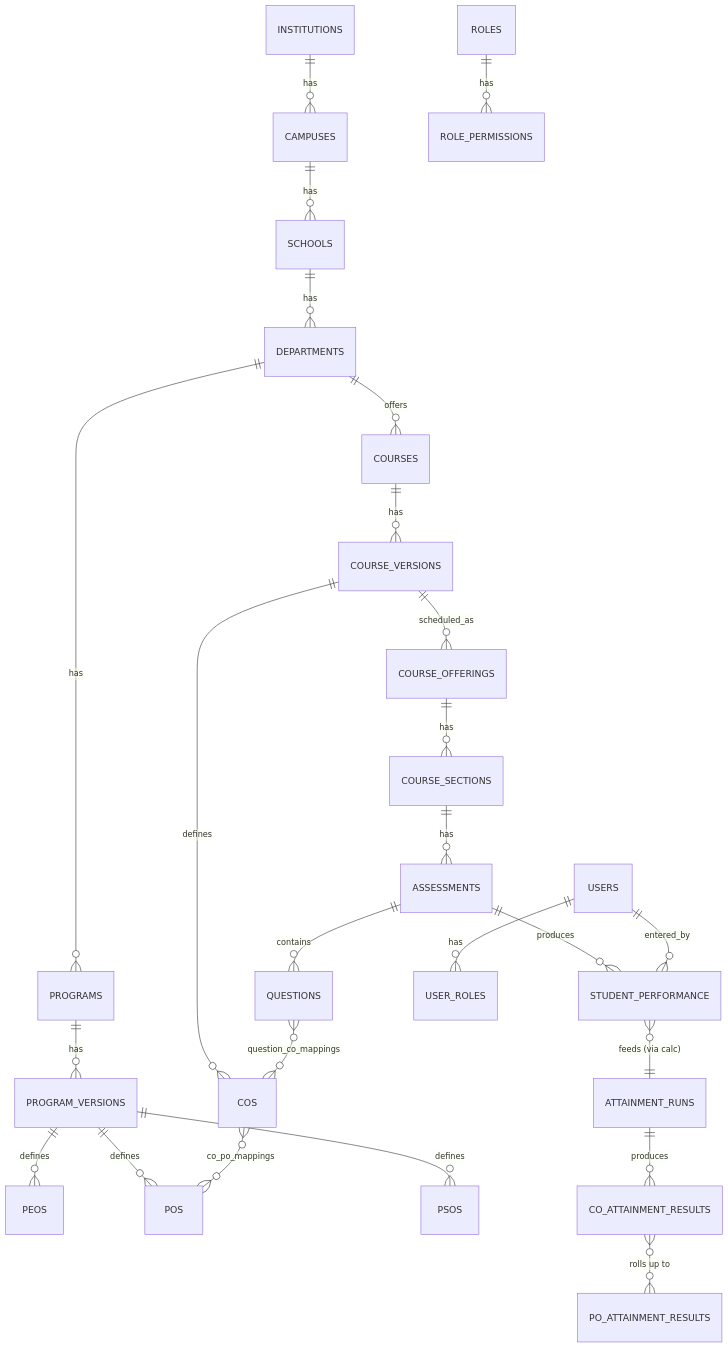
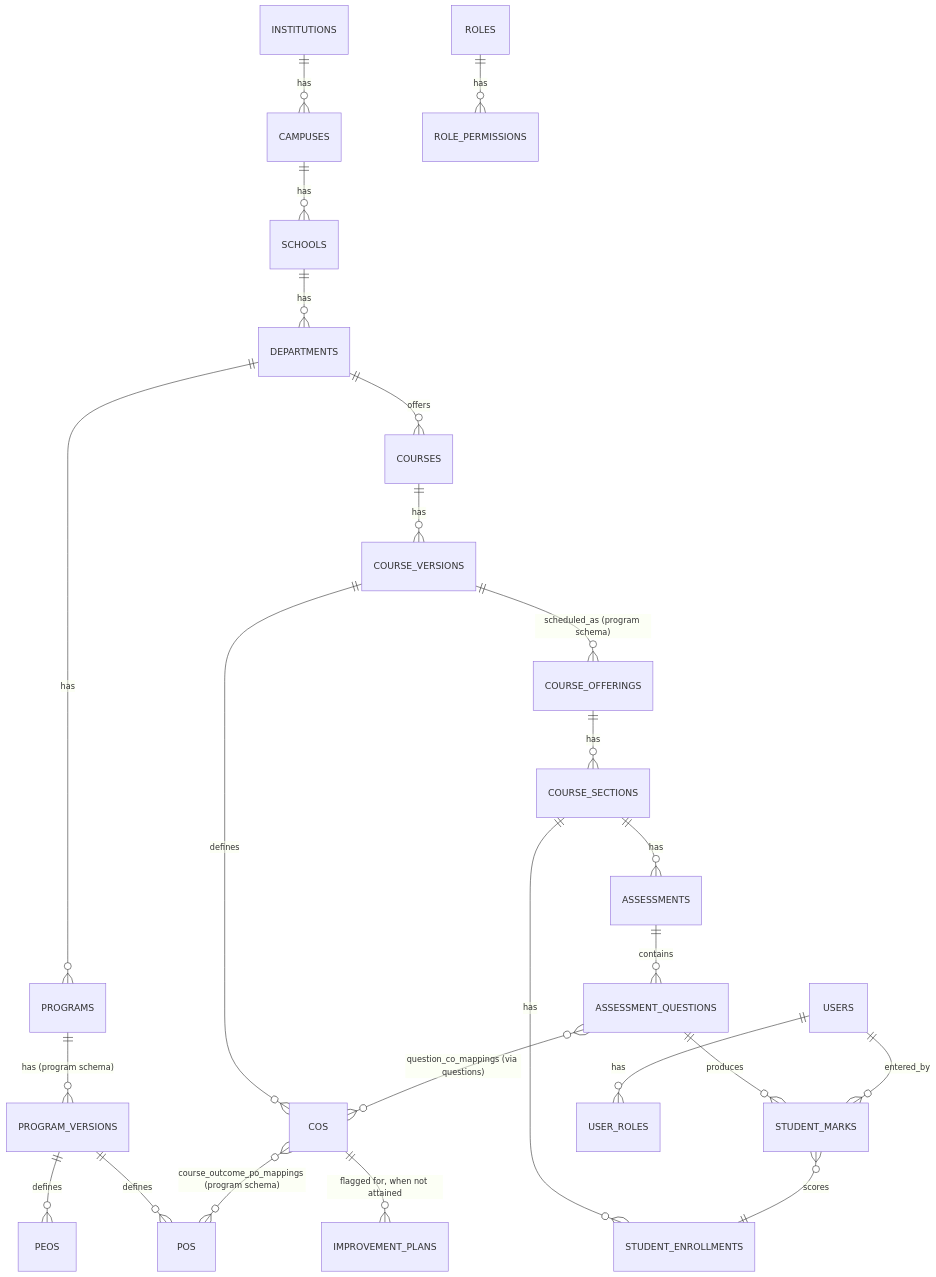
The first of 2 diagrams in docs/DATABASE_PLAN.md (NafeesMansoor/OBEvolve), drawn with Mermaid before and after one commit. The commit also changed other lines of this file and 177 other files, not shown here.

````diff
--- a/docs/DATABASE_PLAN.md
+++ b/docs/DATABASE_PLAN.md
@@ -415,27 +553,26 @@
 ```mermaid
 erDiagram
   INSTITUTIONS ||--o{ CAMPUSES : has
   CAMPUSES ||--o{ SCHOOLS : has
   SCHOOLS ||--o{ DEPARTMENTS : has
   DEPARTMENTS ||--o{ PROGRAMS : has
-  PROGRAMS ||--o{ PROGRAM_VERSIONS : has
+  PROGRAMS ||--o{ PROGRAM_VERSIONS : "has (program schema)"
   PROGRAM_VERSIONS ||--o{ PEOS : defines
   PROGRAM_VERSIONS ||--o{ POS : defines
-  PROGRAM_VERSIONS ||--o{ PSOS : defines
   DEPARTMENTS ||--o{ COURSES : offers
   COURSES ||--o{ COURSE_VERSIONS : has
   COURSE_VERSIONS ||--o{ COS : defines
-  COS }o--o{ POS : co_po_mappings
-  COURSE_VERSIONS ||--o{ COURSE_OFFERINGS : scheduled_as
+  COS }o--o{ POS : "course_outcome_po_mappings (program schema)"
+  COURSE_VERSIONS ||--o{ COURSE_OFFERINGS : "scheduled_as (program schema)"
   COURSE_OFFERINGS ||--o{ COURSE_SECTIONS : has
+  COURSE_SECTIONS ||--o{ STUDENT_ENROLLMENTS : has
   COURSE_SECTIONS ||--o{ ASSESSMENTS : has
-  ASSESSMENTS ||--o{ QUESTIONS : contains
-  QUESTIONS }o--o{ COS : question_co_mappings
-  ASSESSMENTS ||--o{ STUDENT_PERFORMANCE : produces
-  STUDENT_PERFORMANCE }o--|| ATTAINMENT_RUNS : "feeds (via calc)"
-  ATTAINMENT_RUNS ||--o{ CO_ATTAINMENT_RESULTS : produces
-  CO_ATTAINMENT_RESULTS }o--o{ PO_ATTAINMENT_RESULTS : "rolls up to"
+  ASSESSMENTS ||--o{ ASSESSMENT_QUESTIONS : contains
+  ASSESSMENT_QUESTIONS }o--o{ COS : "question_co_mappings (via questions)"
+  ASSESSMENT_QUESTIONS ||--o{ STUDENT_MARKS : produces
+  STUDENT_MARKS }o--|| STUDENT_ENROLLMENTS : "scores"
+  COS ||--o{ IMPROVEMENT_PLANS : "flagged for, when not attained"
   USERS ||--o{ USER_ROLES : has
   ROLES ||--o{ ROLE_PERMISSIONS : has
-  USERS ||--o{ STUDENT_PERFORMANCE : "entered_by"
+  USERS ||--o{ STUDENT_MARKS : "entered_by"
 ```
````
